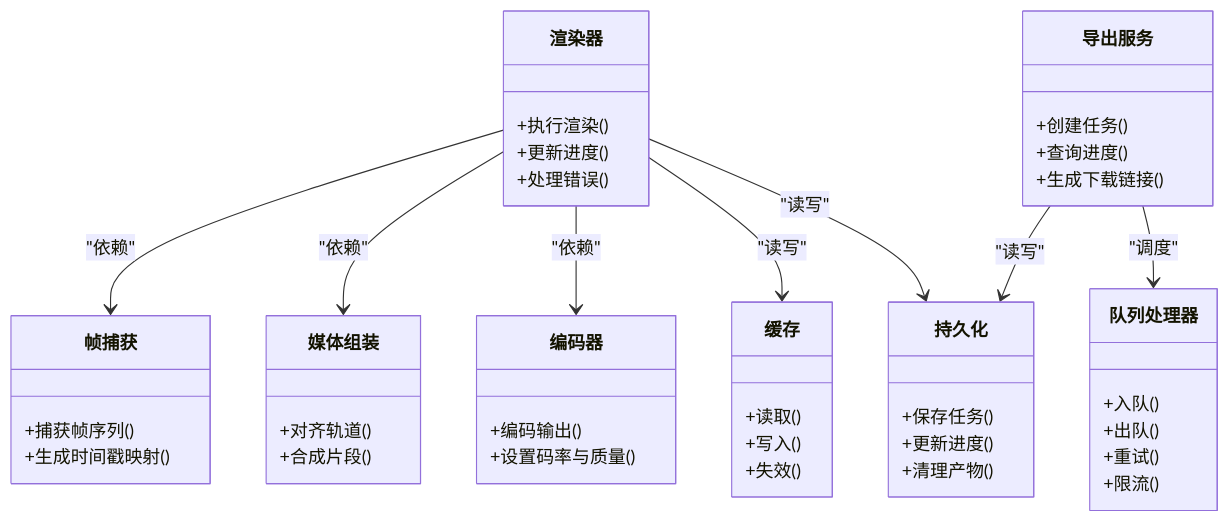
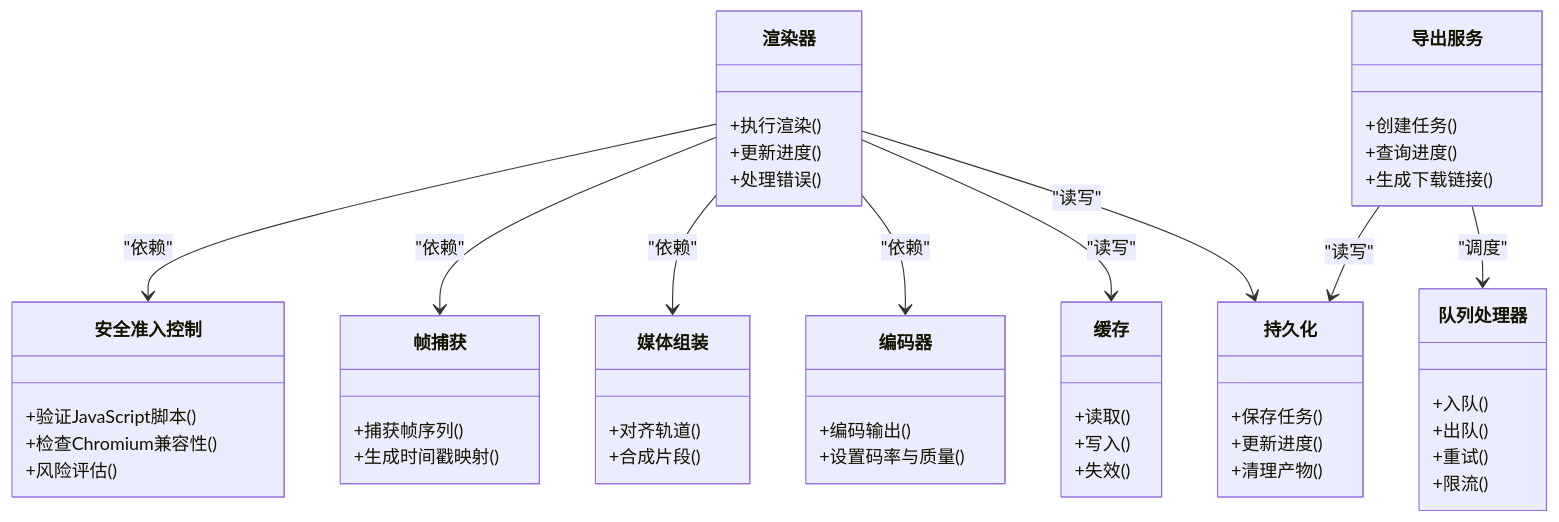
The fourth of 4 diagrams in .qoder/repowiki/zh/content/渲染引擎/渲染流水线/渲染流水线.md (scottcwy/PurpleInk), drawn with Mermaid before and after one commit. The commit also changed other lines of this file and 37 other files, not shown here.

````diff
--- a/.qoder/repowiki/zh/content/渲染引擎/渲染流水线/渲染流水线.md
+++ b/.qoder/repowiki/zh/content/渲染引擎/渲染流水线/渲染流水线.md
@@ -347,48 +389,54 @@
 ```mermaid
 classDiagram
 class 渲染器 {
 +执行渲染()
 +更新进度()
 +处理错误()
+}
+class 安全准入控制 {
++验证JavaScript脚本()
++检查Chromium兼容性()
++风险评估()
 }
 class 帧捕获 {
 +捕获帧序列()
 +生成时间戳映射()
 }
 class 媒体组装 {
 +对齐轨道()
 +合成片段()
 }
 class 编码器 {
 +编码输出()
 +设置码率与质量()
 }
 class 导出服务 {
 +创建任务()
 +查询进度()
 +生成下载链接()
 }
 class 队列处理器 {
 +入队()
 +出队()
 +重试()
 +限流()
 }
 class 缓存 {
 +读取()
 +写入()
 +失效()
 }
 class 持久化 {
 +保存任务()
 +更新进度()
 +清理产物()
 }
+渲染器 --> 安全准入控制 : "依赖"
 渲染器 --> 帧捕获 : "依赖"
 渲染器 --> 媒体组装 : "依赖"
 渲染器 --> 编码器 : "依赖"
 渲染器 --> 缓存 : "读写"
 渲染器 --> 持久化 : "读写"
 导出服务 --> 队列处理器 : "调度"
 导出服务 --> 持久化 : "读写"
 ```
````
